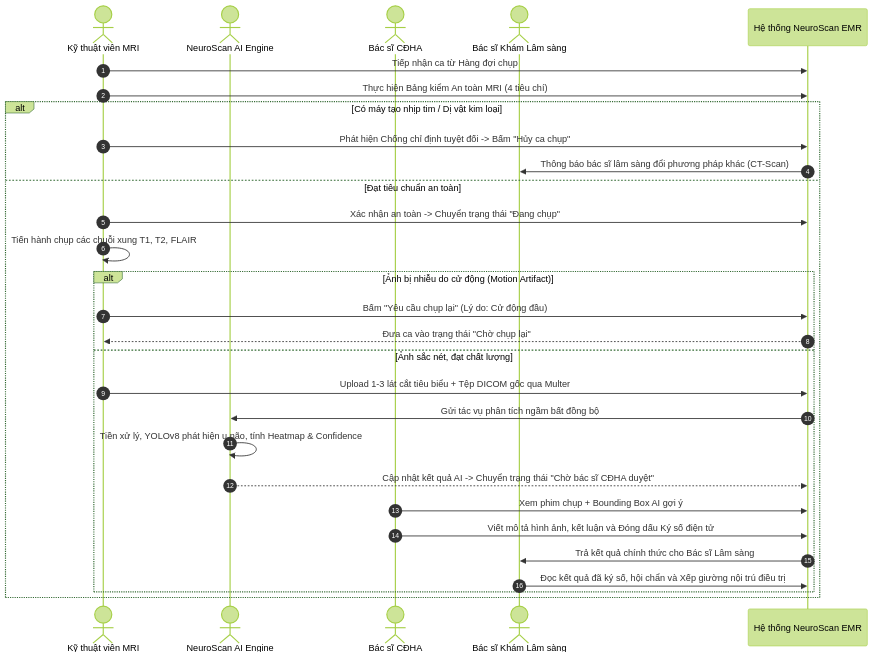
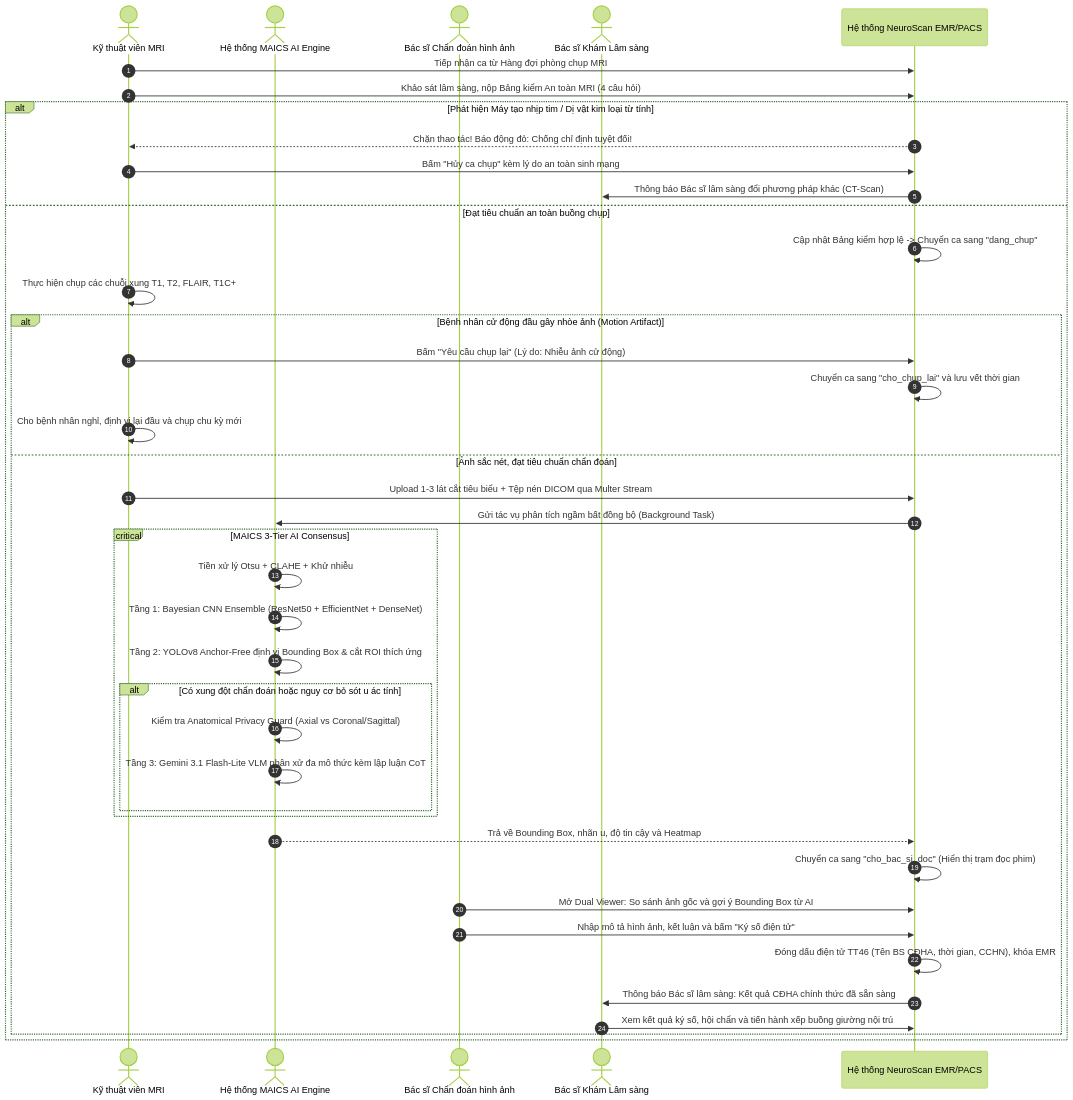
One commit to ntthanh2357/mri changed the second of 3 diagrams in docs/02_nghiep_vu_va_quy_trinh_benh_vien.md. Above: the diagram before and after it, drawn with Mermaid (forest theme). The commit also changed other lines of this file and 94 other files, not shown here.

````diff
--- a/docs/02_nghiep_vu_va_quy_trinh_benh_vien.md
+++ b/docs/02_nghiep_vu_va_quy_trinh_benh_vien.md
@@ -65,32 +94,48 @@
 ```mermaid
 sequenceDiagram
     autonumber
     actor KTV as Kỹ thuật viên MRI
-    actor AI as NeuroScan AI Engine
-    actor BSCĐ as Bác sĩ CĐHA
+    actor AI as Hệ thống MAICS AI Engine
+    actor BSCĐ as Bác sĩ Chẩn đoán hình ảnh
     actor BS as Bác sĩ Khám Lâm sàng
-    participant SYS as Hệ thống NeuroScan EMR
+    participant SYS as Hệ thống NeuroScan EMR/PACS
 
-    KTV->>SYS: Tiếp nhận ca từ Hàng đợi chụp
-    KTV->>SYS: Thực hiện Bảng kiểm An toàn MRI (4 tiêu chí)
-    alt Có máy tạo nhịp tim / Dị vật kim loại
-        KTV->>SYS: Phát hiện Chống chỉ định tuyệt đối -> Bấm "Hủy ca chụp"
-        SYS->>BS: Thông báo bác sĩ lâm sàng đổi phương pháp khác (CT-Scan)
-    else Đạt tiêu chuẩn an toàn
-        KTV->>SYS: Xác nhận an toàn -> Chuyển trạng thái "Đang chụp"
-        KTV->>KTV: Tiến hành chụp các chuỗi xung T1, T2, FLAIR
-        alt Ảnh bị nhiễu do cử động (Motion Artifact)
-            KTV->>SYS: Bấm "Yêu cầu chụp lại" (Lý do: Cử động đầu)
-            SYS-->>KTV: Đưa ca vào trạng thái "Chờ chụp lại"
-        else Ảnh sắc nét, đạt chất lượng
-            KTV->>SYS: Upload 1-3 lát cắt tiêu biểu + Tệp DICOM gốc qua Multer
-            SYS->>AI: Gửi tác vụ phân tích ngầm bất đồng bộ
-            AI->>AI: Tiền xử lý, YOLOv8 phát hiện u não, tính Heatmap & Confidence
-            AI-->>SYS: Cập nhật kết quả AI -> Chuyển trạng thái "Chờ bác sĩ CĐHA duyệt"
-            BSCĐ->>SYS: Xem phim chụp + Bounding Box AI gợi ý
-            BSCĐ->>SYS: Viết mô tả hình ảnh, kết luận và Đóng dấu Ký số điện tử
-            SYS->>BS: Trả kết quả chính thức cho Bác sĩ Lâm sàng
-            BS->>SYS: Đọc kết quả đã ký số, hội chẩn và Xếp giường nội trú điều trị
+    KTV->>SYS: Tiếp nhận ca từ Hàng đợi phòng chụp MRI
+    KTV->>SYS: Khảo sát lâm sàng, nộp Bảng kiểm An toàn MRI (4 câu hỏi)
+    
+    alt Phát hiện Máy tạo nhịp tim / Dị vật kim loại từ tính
+        SYS-->>KTV: Chặn thao tác! Báo động đỏ: Chống chỉ định tuyệt đối!
+        KTV->>SYS: Bấm "Hủy ca chụp" kèm lý do an toàn sinh mạng
+        SYS->>BS: Thông báo Bác sĩ lâm sàng đổi phương pháp khác (CT-Scan)
+    else Đạt tiêu chuẩn an toàn buồng chụp
+        SYS->>SYS: Cập nhật Bảng kiểm hợp lệ -> Chuyển ca sang "dang_chup"
+        KTV->>KTV: Thực hiện chụp các chuỗi xung T1, T2, FLAIR, T1C+
+        
+        alt Bệnh nhân cử động đầu gây nhòe ảnh (Motion Artifact)
+            KTV->>SYS: Bấm "Yêu cầu chụp lại" (Lý do: Nhiễu ảnh cử động)
+            SYS->>SYS: Chuyển ca sang "cho_chup_lai" và lưu vết thời gian
+            KTV->>KTV: Cho bệnh nhân nghỉ, định vị lại đầu và chụp chu kỳ mới
+        else Ảnh sắc nét, đạt tiêu chuẩn chẩn đoán
+            KTV->>SYS: Upload 1-3 lát cắt tiêu biểu + Tệp nén DICOM qua Multer Stream
+            SYS->>AI: Gửi tác vụ phân tích ngầm bất đồng bộ (Background Task)
+            
+            critical MAICS 3-Tier AI Consensus
+                AI->>AI: Tiền xử lý Otsu + CLAHE + Khử nhiễu
+                AI->>AI: Tầng 1: Bayesian CNN Ensemble (ResNet50 + EfficientNet + DenseNet)
+                AI->>AI: Tầng 2: YOLOv8 Anchor-Free định vị Bounding Box & cắt ROI thích ứng
+                alt Có xung đột chẩn đoán hoặc nguy cơ bỏ sót u ác tính
+                    AI->>AI: Kiểm tra Anatomical Privacy Guard (Axial vs Coronal/Sagittal)
+                    AI->>AI: Tầng 3: Gemini 3.1 Flash-Lite VLM phân xử đa mô thức kèm lập luận CoT
+                end
+            end
+            
+            AI-->>SYS: Trả về Bounding Box, nhãn u, độ tin cậy và Heatmap
+            SYS->>SYS: Chuyển ca sang "cho_bac_si_doc" (Hiển thị trạm đọc phim)
+            BSCĐ->>SYS: Mở Dual Viewer: So sánh ảnh gốc và gợi ý Bounding Box từ AI
+            BSCĐ->>SYS: Nhập mô tả hình ảnh, kết luận và bấm "Ký số điện tử"
+            SYS->>SYS: Đóng dấu điện tử TT46 (Tên BS CĐHA, thời gian, CCHN), khóa EMR
+            SYS->>BS: Thông báo Bác sĩ lâm sàng: Kết quả CĐHA chính thức đã sẵn sàng
+            BS->>SYS: Xem kết quả ký số, hội chẩn và tiến hành xếp buồng giường nội trú
         end
     end
 ```
````
